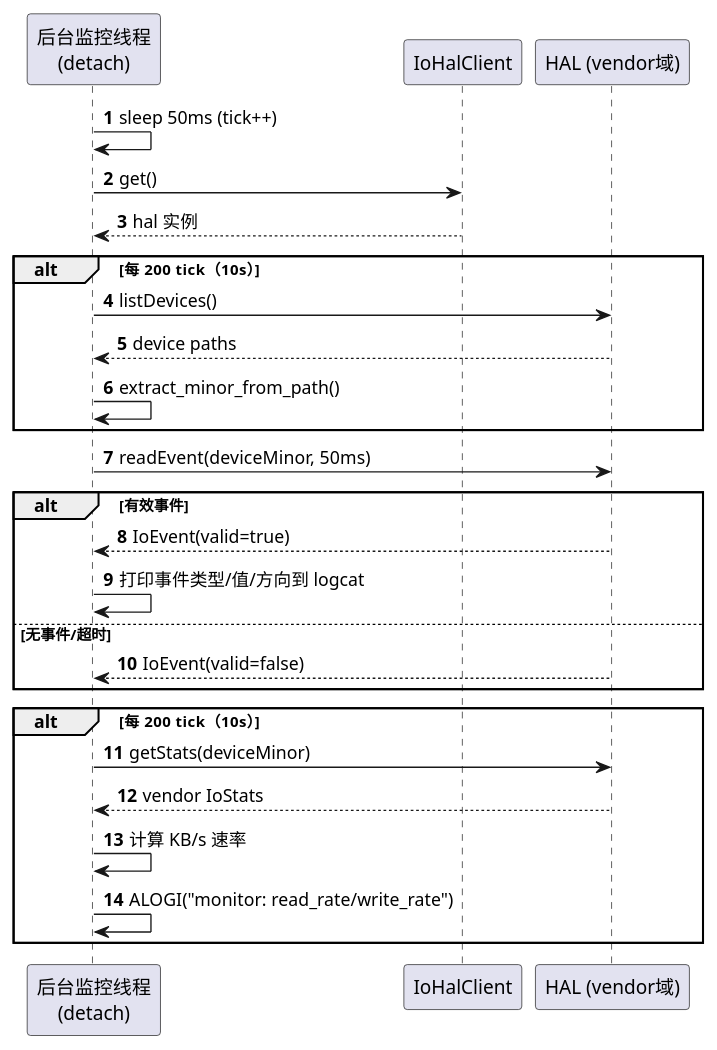
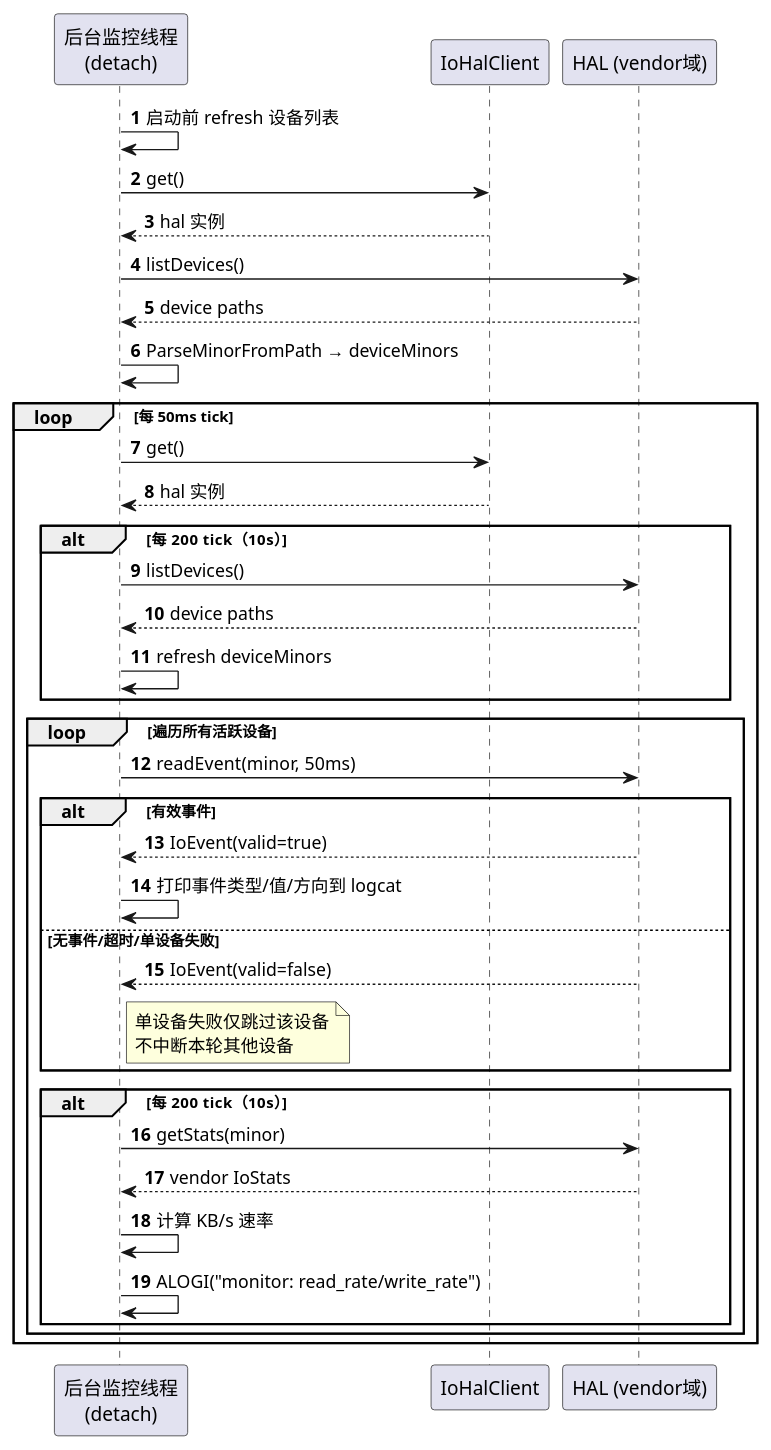
One commit to lechao365/AndroidSystemEnhance changed the second of 17 diagrams in 02-IO增强/02.03-Daemon增强-lciod-daemon.md. Above: the diagram before and after it, drawn with PlantUML. The commit also changed other lines of this file and 28 other files, not shown here.

````diff
--- a/02-IO增强/02.03-Daemon增强-lciod-daemon.md
+++ b/02-IO增强/02.03-Daemon增强-lciod-daemon.md
@@ -69,33 +69,44 @@
 ```plantuml
 @startuml
 autonumber
 participant "后台监控线程\n(detach)" as MON
 participant "IoHalClient" as CLIENT
 participant "HAL (vendor域)" as HAL
 
-MON -> MON : sleep 50ms (tick++)
+MON -> MON : 启动前 refresh 设备列表
 MON -> CLIENT : get()
 CLIENT --> MON : hal 实例
+MON -> HAL : listDevices()
+HAL --> MON : device paths
+MON -> MON : ParseMinorFromPath → deviceMinors
 
-alt 每 200 tick（10s）
-    MON -> HAL : listDevices()
-    HAL --> MON : device paths
-    MON -> MON : extract_minor_from_path()
-end
+loop 每 50ms tick
+    MON -> CLIENT : get()
+    CLIENT --> MON : hal 实例
 
-MON -> HAL : readEvent(deviceMinor, 50ms)
-alt 有效事件
-    HAL --> MON : IoEvent(valid=true)
-    MON -> MON : 打印事件类型/值/方向到 logcat
-else 无事件/超时
-    HAL --> MON : IoEvent(valid=false)
-end
+    alt 每 200 tick（10s）
+        MON -> HAL : listDevices()
+        HAL --> MON : device paths
+        MON -> MON : refresh deviceMinors
+    end
 
-alt 每 200 tick（10s）
-    MON -> HAL : getStats(deviceMinor)
-    HAL --> MON : vendor IoStats
-    MON -> MON : 计算 KB/s 速率
-    MON -> MON : ALOGI("monitor: read_rate/write_rate")
+    loop 遍历所有活跃设备
+        MON -> HAL : readEvent(minor, 50ms)
+        alt 有效事件
+            HAL --> MON : IoEvent(valid=true)
+            MON -> MON : 打印事件类型/值/方向到 logcat
+        else 无事件/超时/单设备失败
+            HAL --> MON : IoEvent(valid=false)
+            note right of MON: 单设备失败仅跳过该设备\n不中断本轮其他设备
+        end
+
+        alt 每 200 tick（10s）
+            MON -> HAL : getStats(minor)
+            HAL --> MON : vendor IoStats
+            MON -> MON : 计算 KB/s 速率
+            MON -> MON : ALOGI("monitor: read_rate/write_rate")
+        end
+    end
 end
 @enduml
 ```
````
